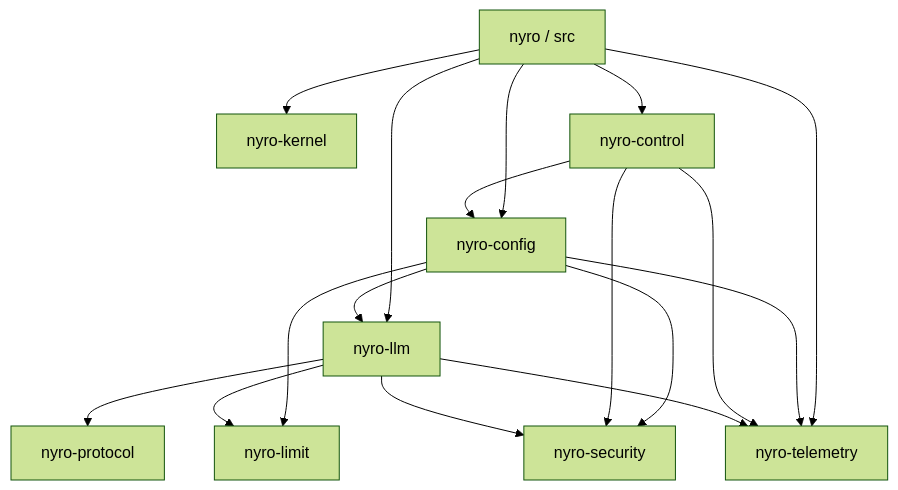
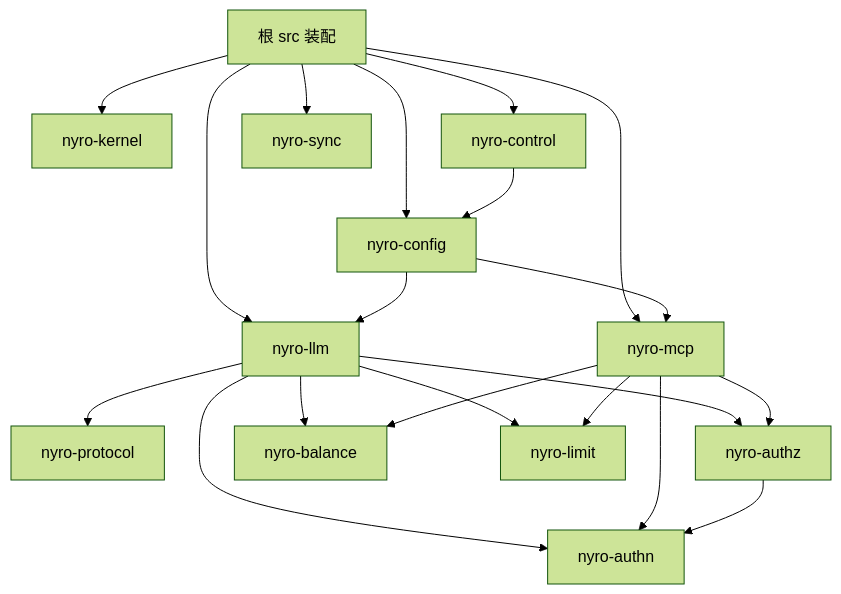
One commit to nyroway/nyro changed the diagram in docs/design/architecture.md. Above: the diagram before and after it, drawn with Mermaid (forest theme). The commit also changed other lines of this file and 108 other files, not shown here.

First line of the commit message:
feat!: unify gateway resources and config sync (#358)

````diff
--- a/docs/design/architecture.md
+++ b/docs/design/architecture.md
@@ -337,19 +38,22 @@
 ```mermaid
 flowchart TD
-    root["nyro / src"] --> kernel["nyro-kernel"]
-    root --> config["nyro-config"]
-    root --> control["nyro-control"]
-    root --> llm["nyro-llm"]
-    root --> telemetry["nyro-telemetry"]
+    src[根 src 装配] --> kernel[nyro-kernel]
+    src --> config[nyro-config]
+    src --> control[nyro-control]
+    src --> sync[nyro-sync]
+    src --> llm[nyro-llm]
+    src --> mcp[nyro-mcp]
+    control --> config
     config --> llm
-    config --> security["nyro-security"]
-    config --> limit["nyro-limit"]
-    config --> telemetry
-    control --> config
-    control --> security
-    control --> telemetry
-    llm --> protocol["nyro-protocol"]
-    llm --> security
-    llm --> limit
-    llm --> telemetry
+    config --> mcp
+    llm --> protocol[nyro-protocol]
+    llm --> authn[nyro-authn]
+    llm --> authz[nyro-authz]
+    mcp --> authn
+    mcp --> authz
+    llm --> balance[nyro-balance]
+    mcp --> balance
+    llm --> limit[nyro-limit]
+    mcp --> limit
+    authz --> authn
 ```
````
